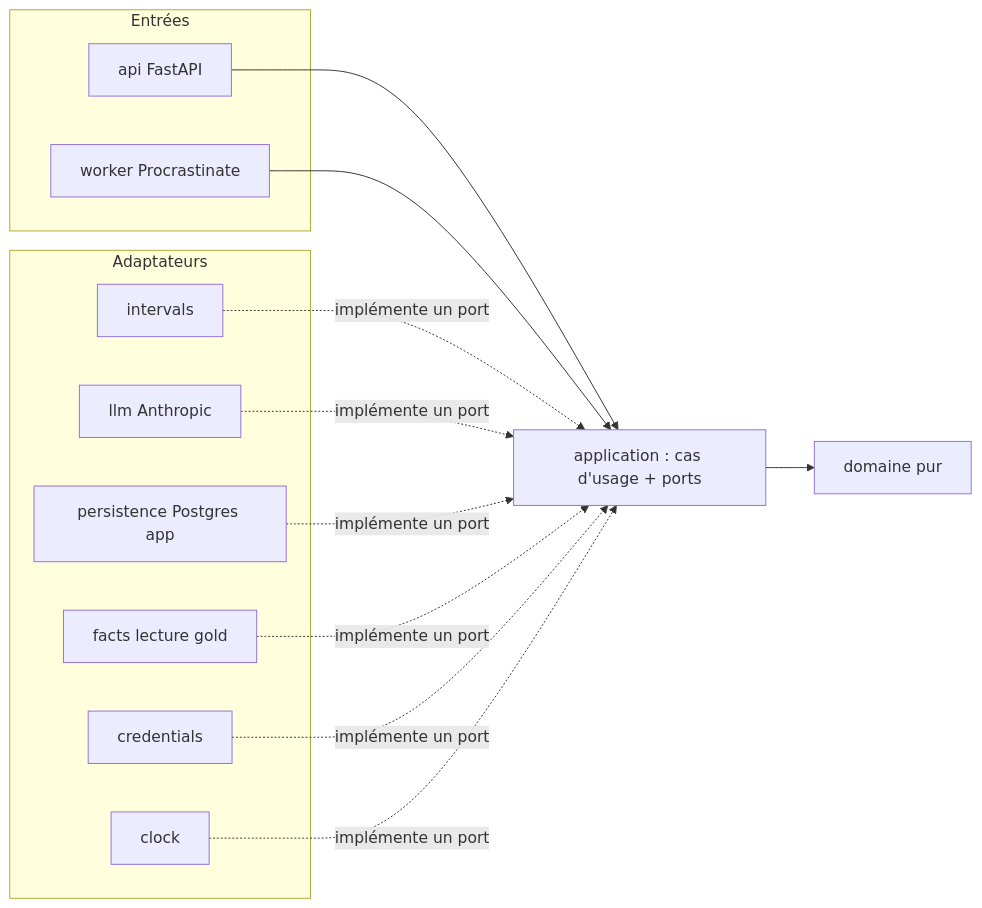
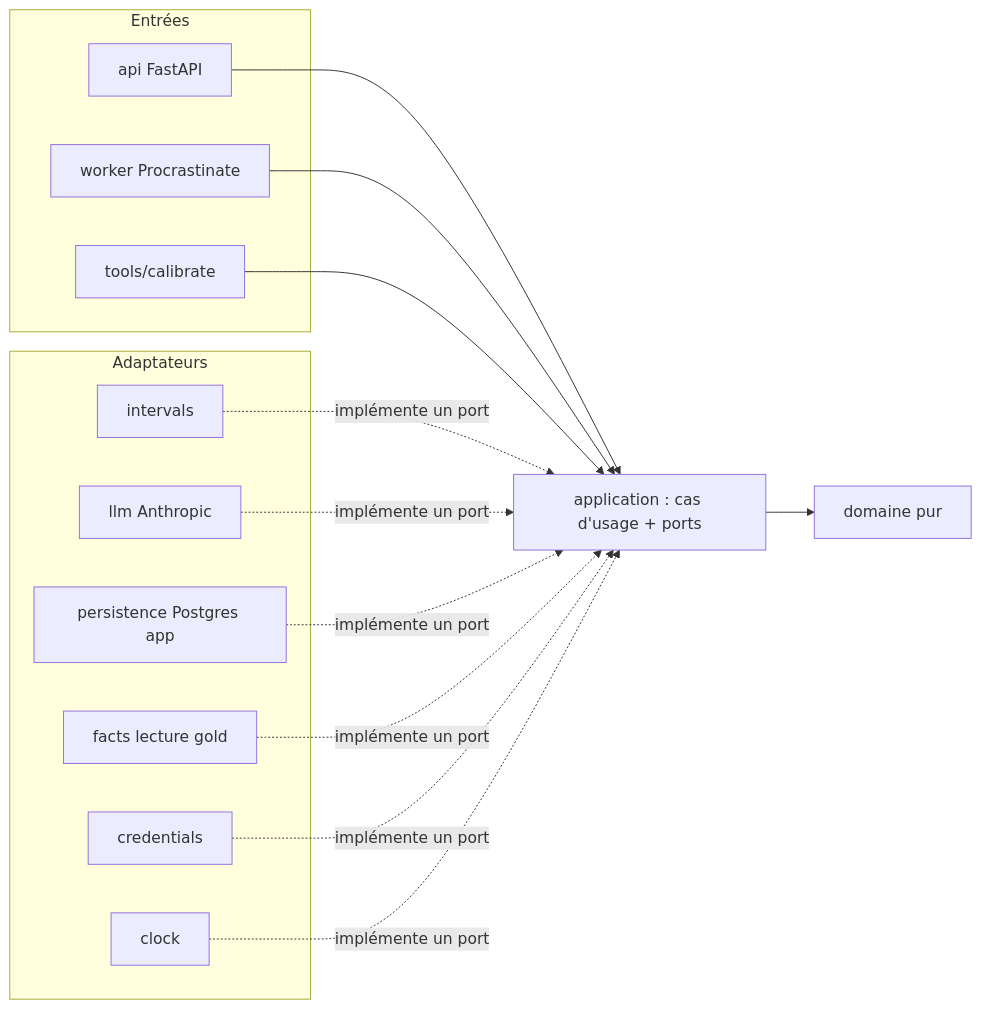
The first of 5 diagrams in _bmad-output/planning-artifacts/architecture/architecture-running-2026-11-22/ARCHITECTURE-SPINE.md (Badr-sajid/running), drawn with Mermaid before and after one commit. The commit also changed other lines of this file and 9 other files, not shown here.

Commit message:
maj de bmad-architecture

````diff
--- a/_bmad-output/planning-artifacts/architecture/architecture-running-2026-11-22/ARCHITECTURE-SPINE.md
+++ b/_bmad-output/planning-artifacts/architecture/architecture-running-2026-11-22/ARCHITECTURE-SPINE.md
@@ -42,26 +43,28 @@
 ```mermaid
 flowchart LR
   subgraph IN["Entrées"]
     API["api FastAPI"]
     WRK["worker Procrastinate"]
+    CLI["tools/calibrate"]
   end
   APP["application : cas d'usage + ports"]
   DOM["domaine pur"]
   subgraph AD["Adaptateurs"]
     CAL["intervals"]
     LLM["llm Anthropic"]
     PER["persistence Postgres app"]
     FAC["facts lecture gold"]
     CRED["credentials"]
     CLK["clock"]
   end
   API --> APP
   WRK --> APP
+  CLI --> APP
   APP --> DOM
   CAL -.->|implémente un port| APP
   LLM -.->|implémente un port| APP
   PER -.->|implémente un port| APP
   FAC -.->|implémente un port| APP
   CRED -.->|implémente un port| APP
   CLK -.->|implémente un port| APP
 ```
````
